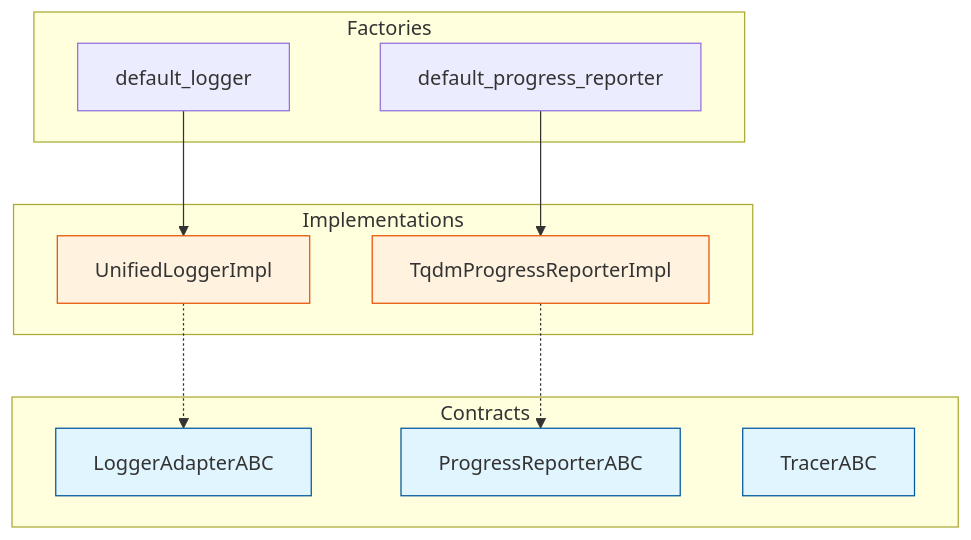
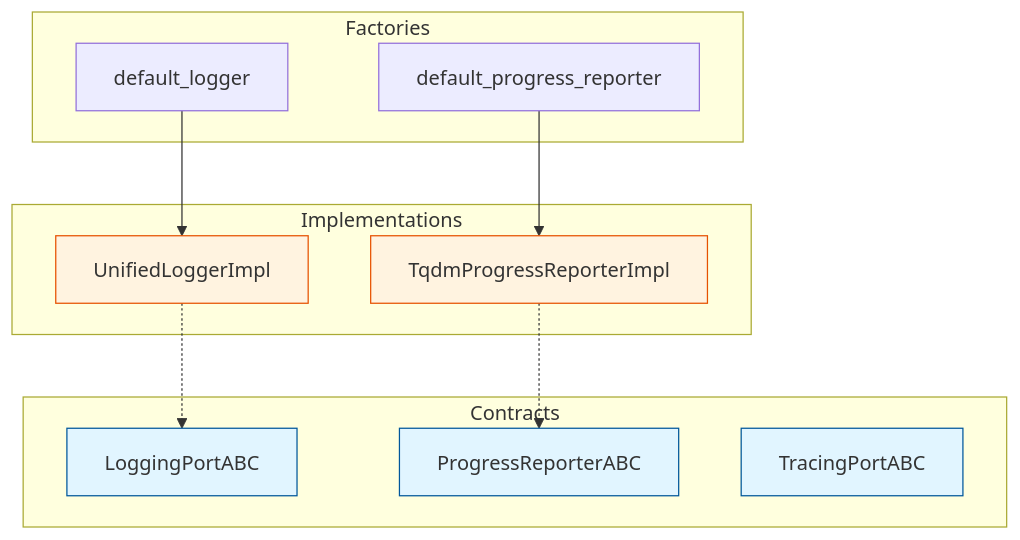
One commit to SatoryKono/BioactivityDataAcquisition changed the second of 2 diagrams in docs/infrastructure/logging/00-logging-diagram.md. Above: the diagram before and after it, drawn with Mermaid. The commit also changed other lines of this file and 24 other files, not shown here.

````diff
--- a/docs/infrastructure/logging/00-logging-diagram.md
+++ b/docs/infrastructure/logging/00-logging-diagram.md
@@ -30,29 +30,29 @@
 ```mermaid
 graph TB
     subgraph "Contracts"
-        LA[LoggerAdapterABC]
+        LA[LoggingPortABC]
         PA[ProgressReporterABC]
-        TA[TracerABC]
+        TA[TracingPortABC]
     end
     
     subgraph "Factories"
         DL[default_logger]
         DPR[default_progress_reporter]
     end
     
     subgraph "Implementations"
         UL[UnifiedLoggerImpl]
         TP[TqdmProgressReporterImpl]
     end
     
     DL --> UL
     DPR --> TP
     UL -.-> LA
     TP -.-> PA
     
     style LA fill:#e1f5ff,stroke:#01579b
     style PA fill:#e1f5ff,stroke:#01579b
     style TA fill:#e1f5ff,stroke:#01579b
     style UL fill:#fff3e0,stroke:#e65100
     style TP fill:#fff3e0,stroke:#e65100
 ```
````
